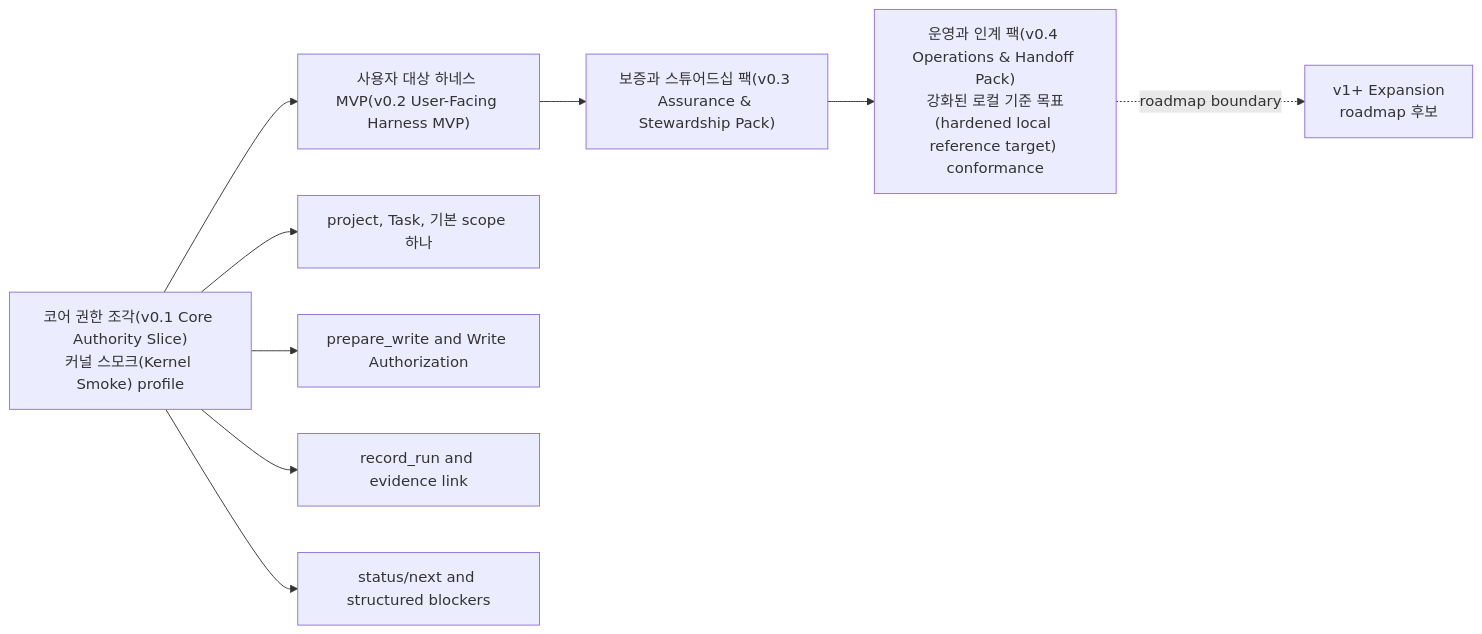
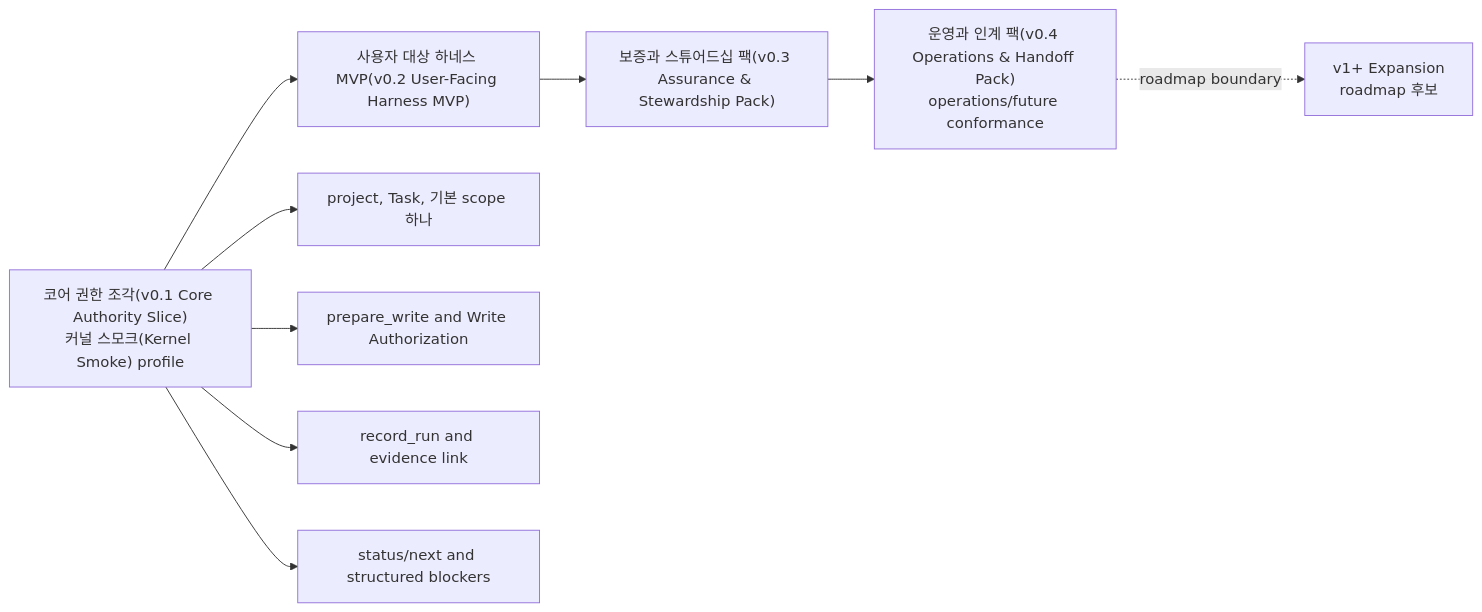
One commit to minjungw00/Harness_Project changed the second of 11 diagrams in docs/ko/reference/operations-and-conformance.md. Above: the diagram before and after it, drawn with Mermaid. The commit also changed other lines of this file and 9 other files, not shown here.

Commit message:
docs: restage conformance fixtures for future implementation

````diff
--- a/docs/ko/reference/operations-and-conformance.md
+++ b/docs/ko/reference/operations-and-conformance.md
@@ -148,11 +148,11 @@
 ```mermaid
 flowchart LR
   Kernel["코어 권한 조각(v0.1 Core Authority Slice)<br/>커널 스모크(Kernel Smoke) profile"] --> Evidence["사용자 대상 하네스 MVP(v0.2 User-Facing Harness MVP)"]
   Evidence --> Agency["보증과 스튜어드십 팩(v0.3 Assurance & Stewardship Pack)"]
-  Agency --> Ops["운영과 인계 팩(v0.4 Operations & Handoff Pack)<br/>강화된 로컬 기준 목표(hardened local reference target) conformance"]
+  Agency --> Ops["운영과 인계 팩(v0.4 Operations & Handoff Pack)<br/>operations/future conformance"]
   Ops -. "roadmap boundary" .-> Expansion["v1+ Expansion<br/>roadmap 후보"]
   Kernel --> K1["project, Task, 기본 scope 하나"]
   Kernel --> K2["prepare_write and Write Authorization"]
   Kernel --> K3["record_run and evidence link"]
   Kernel --> K4["status/next and structured blockers"]
 ```
````
